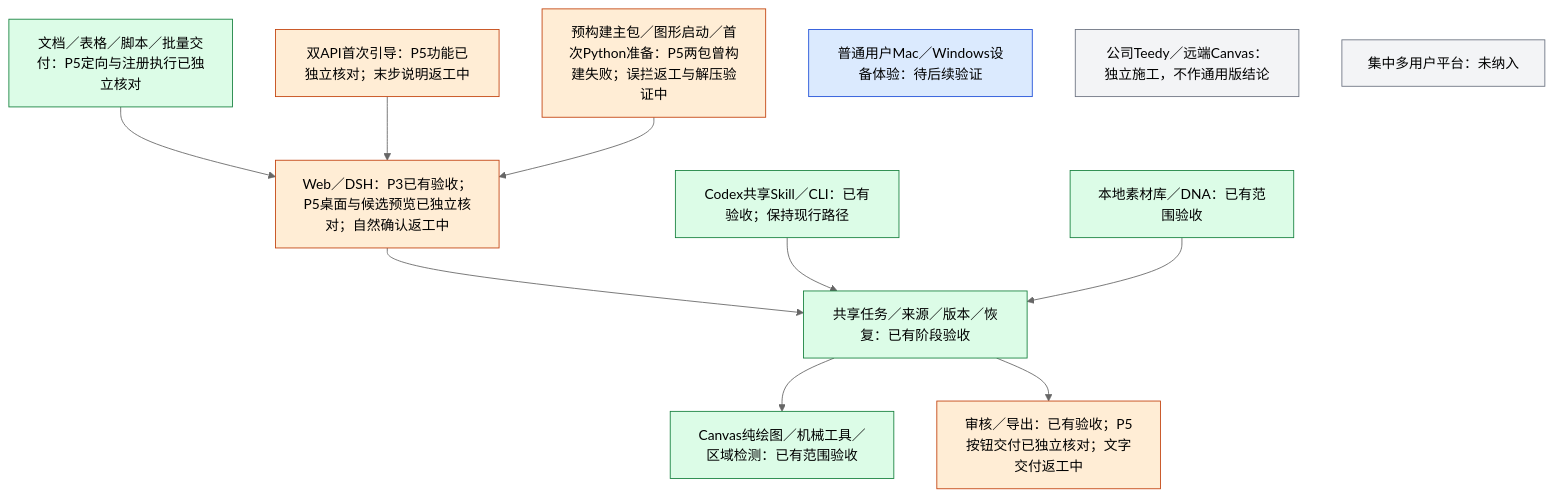
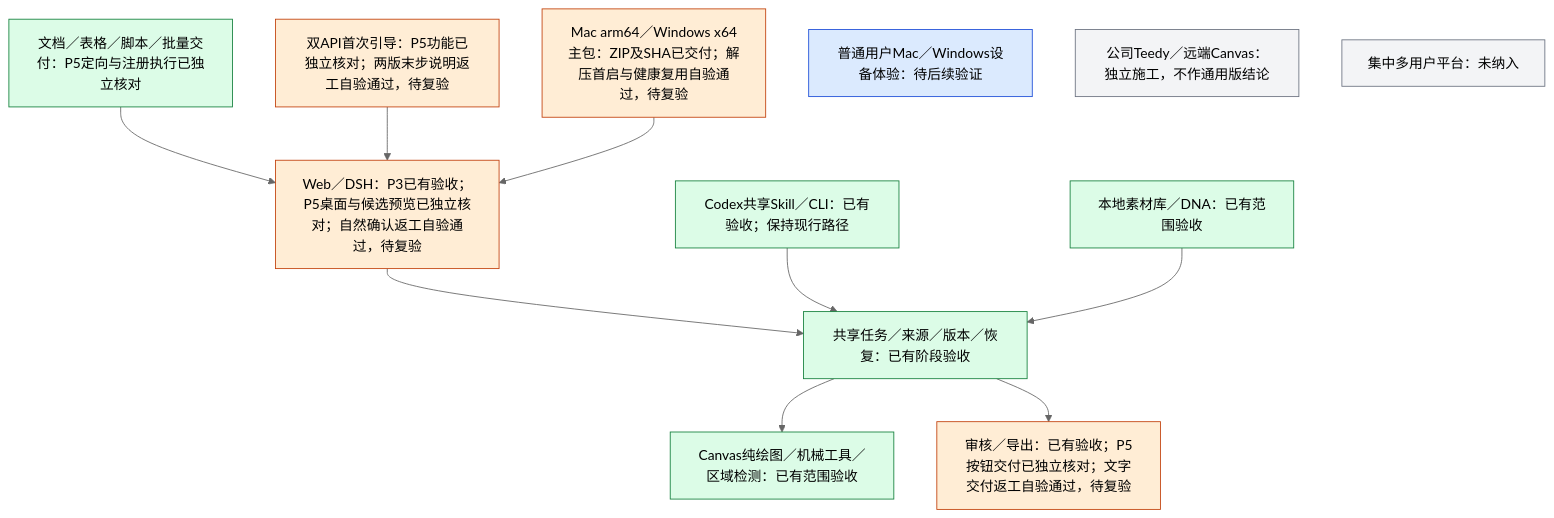
The first of 3 diagrams in docs/工程进度.md (akechi0819-lgtm/creative-Agent-studio), drawn with Mermaid (neutral theme) before and after one commit. The commit also changed other lines of this file and 2 other files, not shown here.

Commit message:
Document verified P5 rework and native bundles

````diff
--- a/docs/工程进度.md
+++ b/docs/工程进度.md
@@ -9,22 +9,22 @@
 ```mermaid
 flowchart TB
-    WEB["Web／DSH：P3已有验收；P5桌面与候选预览已独立核对；自然确认返工中"] --> CORE["共享任务／来源／版本／恢复：已有阶段验收"]
+    WEB["Web／DSH：P3已有验收；P5桌面与候选预览已独立核对；自然确认返工自验通过，待复验"] --> CORE["共享任务／来源／版本／恢复：已有阶段验收"]
     CODEX["Codex共享Skill／CLI：已有验收；保持现行路径"] --> CORE
     LIB["本地素材库／DNA：已有范围验收"] --> CORE
     CORE --> CANVAS["Canvas纯绘图／机械工具／区域检测：已有范围验收"]
-    CORE --> EXPORT["审核／导出：已有验收；P5按钮交付已独立核对；文字交付返工中"]
+    CORE --> EXPORT["审核／导出：已有验收；P5按钮交付已独立核对；文字交付返工自验通过，待复验"]
     TOOLS["文档／表格／脚本／批量交付：P5定向与注册执行已独立核对"] --> WEB
-    SETUP["双API首次引导：P5功能已独立核对；末步说明返工中"] --> WEB
-    DIST["预构建主包／图形启动／首次Python准备：P5两包曾构建失败；误拦返工与解压验证中"] --> WEB
+    SETUP["双API首次引导：P5功能已独立核对；两版末步说明返工自验通过，待复验"] --> WEB
+    DIST["Mac arm64／Windows x64主包：ZIP及SHA已交付；解压首启与健康复用自验通过，待复验"] --> WEB
     NEXT["普通用户Mac／Windows设备体验：待后续验证"]
     COMPANY["公司Teedy／远端Canvas：独立施工，不作通用版结论"]
     FUTURE["集中多用户平台：未纳入"]
     classDef done fill:#dcfce7,stroke:#15803d;
     classDef current fill:#ffedd5,stroke:#c2410c;
     classDef next fill:#dbeafe,stroke:#1d4ed8;
     classDef later fill:#f3f4f6,stroke:#6b7280;
     class CORE,CODEX,LIB,CANVAS,TOOLS done;
     class WEB,EXPORT,SETUP,DIST current;
     class NEXT next;
     class COMPANY,FUTURE later;
 ```
````
